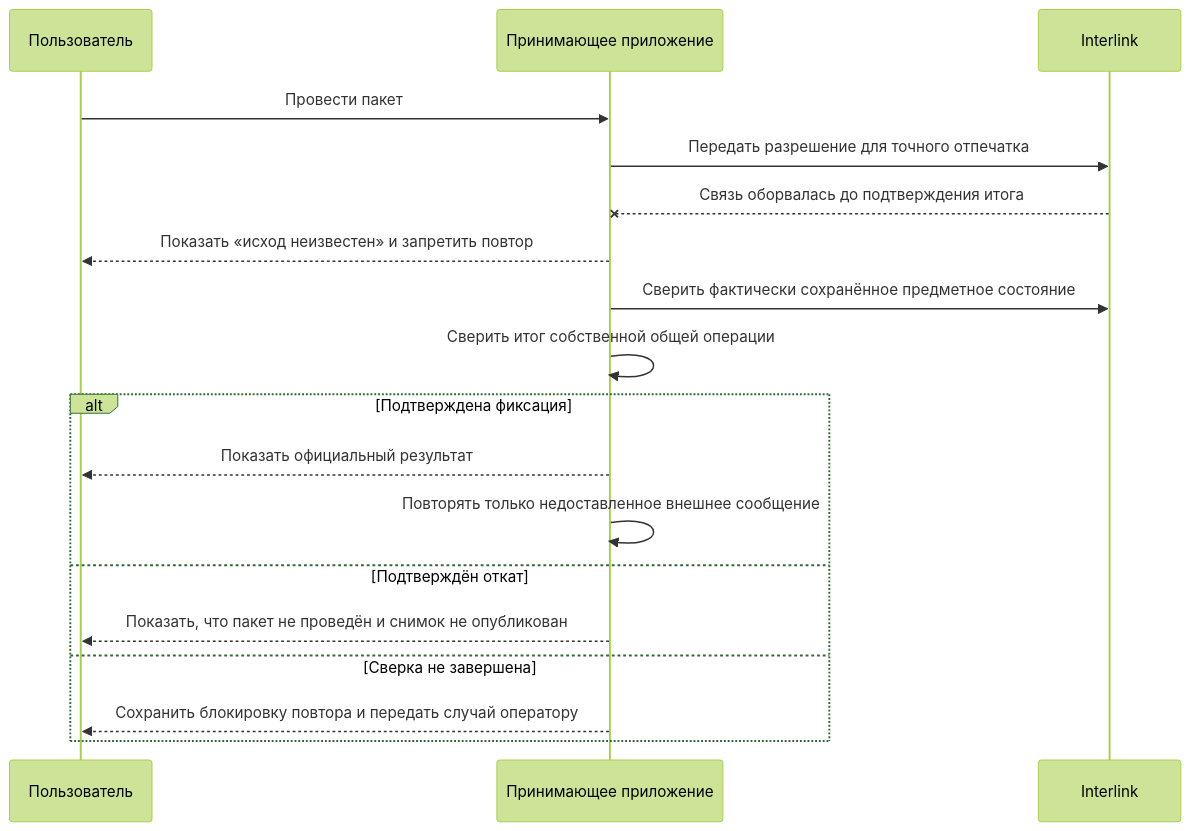
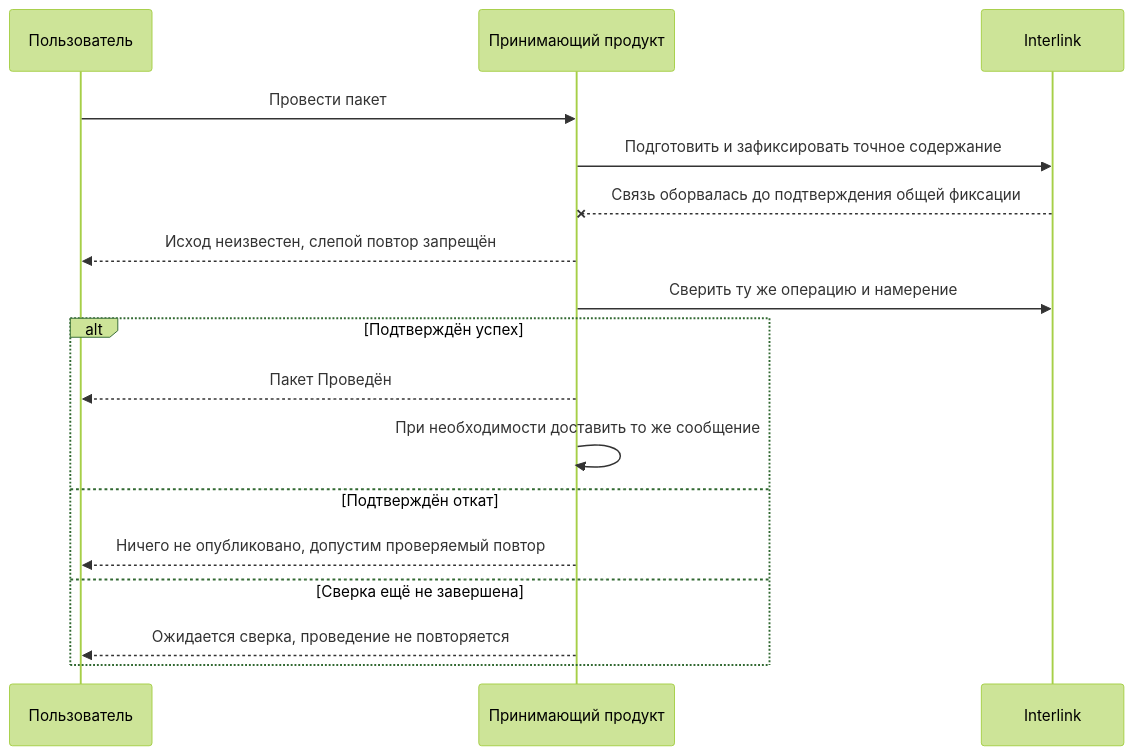
Before and after one commit to ZelAnton/Interlink-product-book: the second of 2 diagrams in docs/changes/05-commit-cancel-and-recovery.md, drawn with Mermaid (forest theme). The commit also changed other lines of this file and 231 other files, not shown here.

````diff
--- a/docs/changes/05-commit-cancel-and-recovery.md
+++ b/docs/changes/05-commit-cancel-and-recovery.md
@@ -120,21 +118,19 @@
 ```mermaid
 sequenceDiagram
     participant П as Пользователь
-    participant А as Принимающее приложение
+    participant А as Принимающий продукт
     participant И as Interlink
-
     П->>А: Провести пакет
-    А->>И: Передать разрешение для точного отпечатка
-    И--xА: Связь оборвалась до подтверждения итога
-    А-->>П: Показать «исход неизвестен» и запретить повтор
-    А->>И: Сверить фактически сохранённое предметное состояние
-    А->>А: Сверить итог собственной общей операции
-    alt Подтверждена фиксация
-        А-->>П: Показать официальный результат
-        А->>А: Повторять только недоставленное внешнее сообщение
+    А->>И: Подготовить и зафиксировать точное содержание
+    И--xА: Связь оборвалась до подтверждения общей фиксации
+    А-->>П: Исход неизвестен, слепой повтор запрещён
+    А->>И: Сверить ту же операцию и намерение
+    alt Подтверждён успех
+        А-->>П: Пакет Проведён
+        А->>А: При необходимости доставить то же сообщение
     else Подтверждён откат
-        А-->>П: Показать, что пакет не проведён и снимок не опубликован
-    else Сверка не завершена
-        А-->>П: Сохранить блокировку повтора и передать случай оператору
+        А-->>П: Ничего не опубликовано, допустим проверяемый повтор
+    else Сверка ещё не завершена
+        А-->>П: Ожидается сверка, проведение не повторяется
     end
 ```
````
